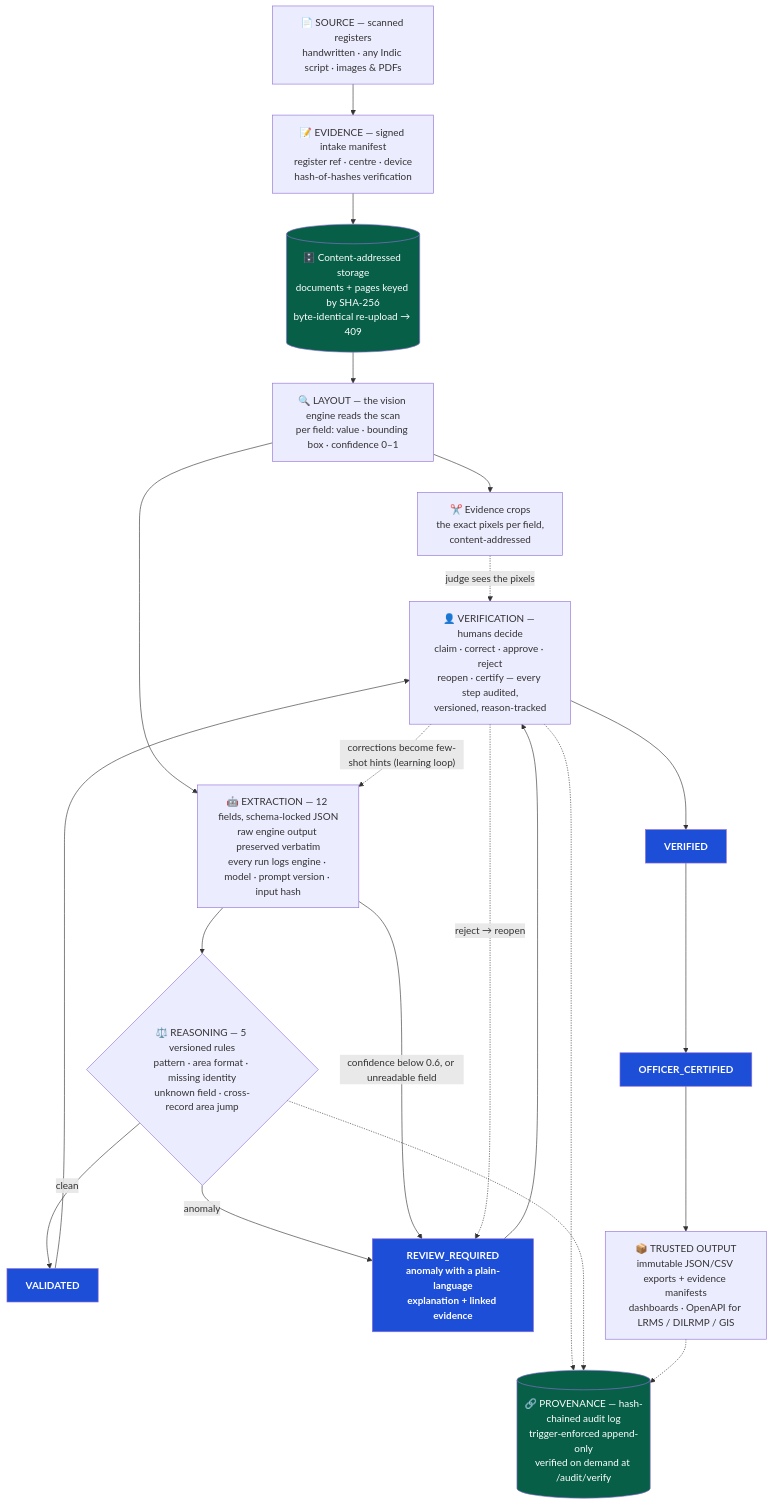
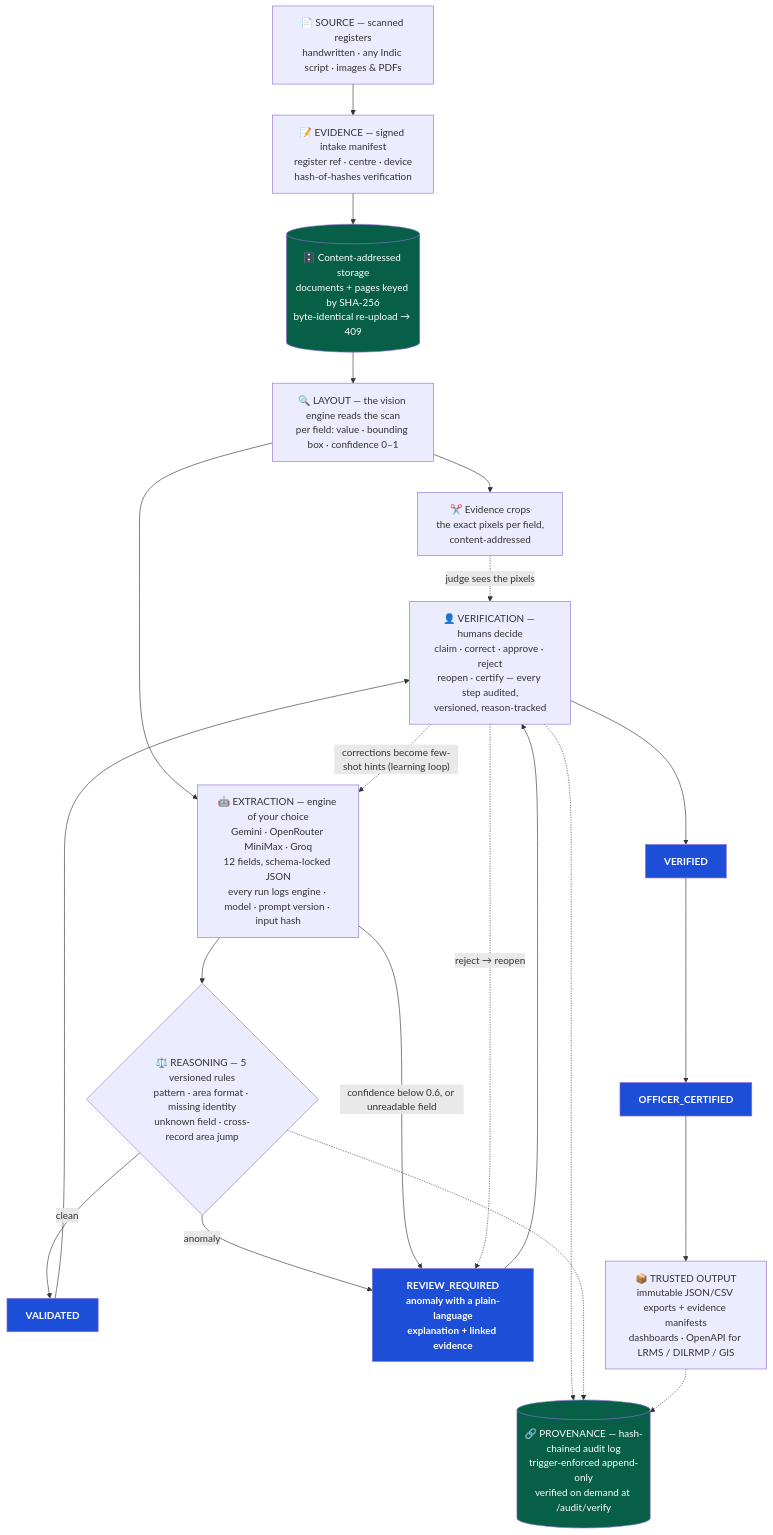
Before and after one commit to Farzansayeed/BhuKosh: the diagram in README.md, drawn with Mermaid. The commit also changed other lines of this file, not shown here.

Commit message:
README: document multi-engine architecture, engine selector, and engine bake-off

````diff
--- a/README.md
+++ b/README.md
@@ -51,39 +51,39 @@
 ```mermaid
 flowchart TD
     SCAN["📄 SOURCE — scanned registers<br/>handwritten · any Indic script · images & PDFs"]
     MANIFEST["📝 EVIDENCE — signed intake manifest<br/>register ref · centre · device<br/>hash-of-hashes verification"]
     STORE[("🗄️ Content-addressed storage<br/>documents + pages keyed by SHA-256<br/>byte-identical re-upload → 409")]
     LAYOUT["🔍 LAYOUT — the vision engine reads the scan<br/>per field: value · bounding box · confidence 0–1"]
     CROPS["✂️ Evidence crops<br/>the exact pixels per field,<br/>content-addressed"]
-    EXTRACT["🤖 EXTRACTION — 12 fields, schema-locked JSON<br/>raw engine output preserved verbatim<br/>every run logs engine · model · prompt version · input hash"]
+    EXTRACT["🤖 EXTRACTION — engine of your choice<br/>Gemini · OpenRouter MiniMax · Groq<br/>12 fields, schema-locked JSON<br/>every run logs engine · model · prompt version · input hash"]
     RULES{"⚖️ REASONING — 5 versioned rules<br/>pattern · area format · missing identity<br/>unknown field · cross-record area jump"}
     VALIDATED["VALIDATED"]
     REVIEW["REVIEW_REQUIRED<br/>anomaly with a plain-language<br/>explanation + linked evidence"]
     HUMAN["👤 VERIFICATION — humans decide<br/>claim · correct · approve · reject<br/>reopen · certify — every step audited,<br/>versioned, reason-tracked"]
     VERIFIED["VERIFIED"]
     CERTIFIED["OFFICER_CERTIFIED"]
     OUTPUT["📦 TRUSTED OUTPUT<br/>immutable JSON/CSV exports + evidence manifests<br/>dashboards · OpenAPI for LRMS / DILRMP / GIS"]
     AUDIT[("🔗 PROVENANCE — hash-chained audit log<br/>trigger-enforced append-only<br/>verified on demand at /audit/verify")]
 
     SCAN --> MANIFEST --> STORE --> LAYOUT
     LAYOUT --> CROPS
     LAYOUT --> EXTRACT
     EXTRACT --> RULES
     RULES -->|"clean"| VALIDATED
     RULES -->|"anomaly"| REVIEW
     EXTRACT -->|"confidence below 0.6, or unreadable field"| REVIEW
     VALIDATED --> HUMAN
     REVIEW --> HUMAN
     HUMAN --> VERIFIED --> CERTIFIED --> OUTPUT
     HUMAN -.->|"reject → reopen"| REVIEW
     CROPS -.->|"judge sees the pixels"| HUMAN
     HUMAN -.->|"corrections become few-shot hints (learning loop)"| EXTRACT
     HUMAN -.-> AUDIT
     RULES -.-> AUDIT
     OUTPUT -.-> AUDIT
 
     classDef state fill:#1d4ed8,color:#fff,font-weight:bold;
     classDef store fill:#065f46,color:#fff;
     class VALIDATED,REVIEW,VERIFIED,CERTIFIED state
     class STORE,AUDIT store
 ```
````
